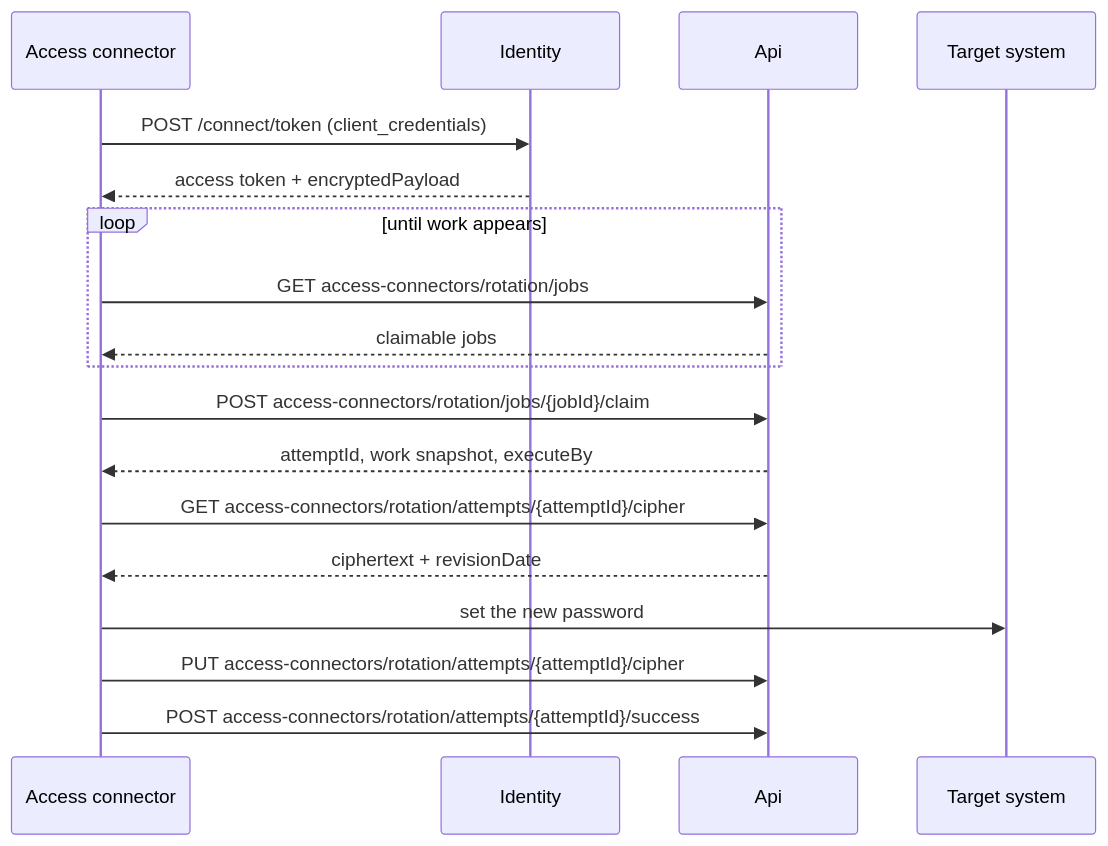
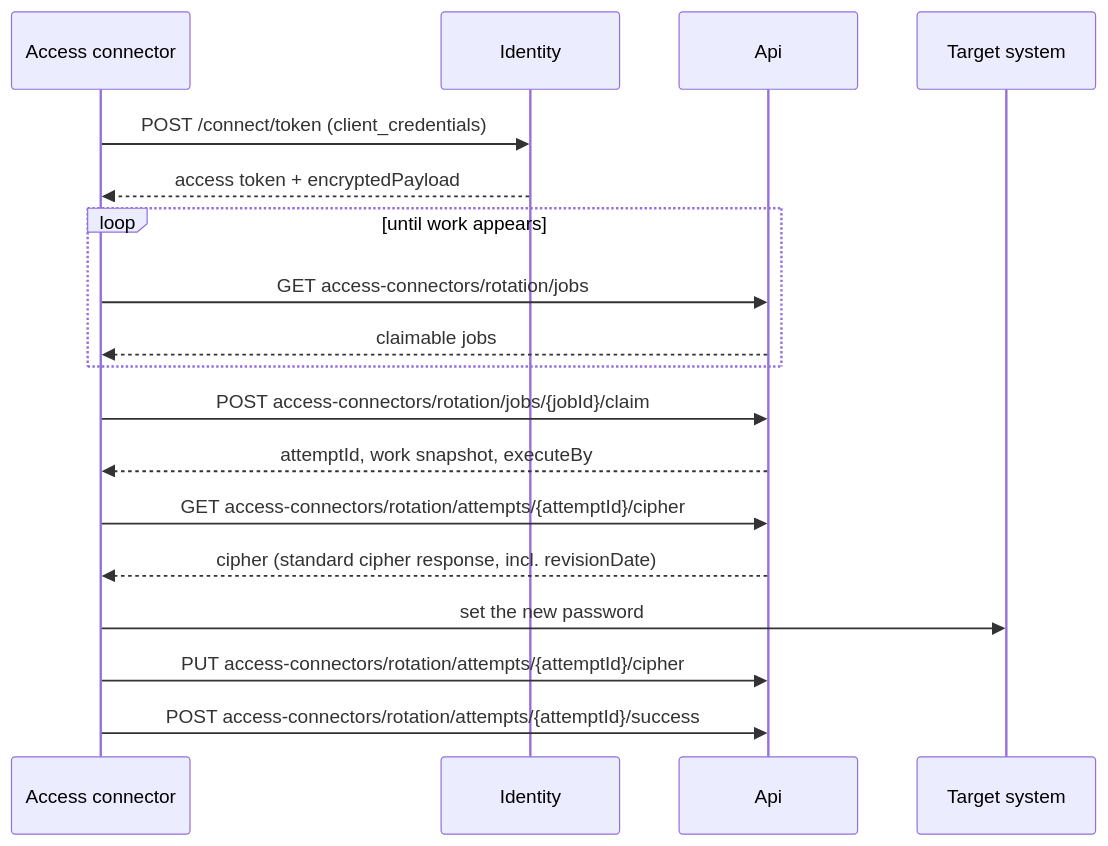
One commit to bitwarden/server changed the diagram in bitwarden_license/src/Services/Pam/AccessConnector/docs/access-connector-protocol.md. Above: the diagram before and after it, drawn with Mermaid. The commit also changed other lines of this file and 35 other files, not shown here.

````diff
--- a/bitwarden_license/src/Services/Pam/AccessConnector/docs/access-connector-protocol.md
+++ b/bitwarden_license/src/Services/Pam/AccessConnector/docs/access-connector-protocol.md
@@ -16,21 +16,21 @@
 ```mermaid
 sequenceDiagram
     participant D as Access connector
     participant I as Identity
     participant S as Api
     participant T as Target system
 
     D->>I: POST /connect/token (client_credentials)
     I-->>D: access token + encryptedPayload
     loop until work appears
         D->>S: GET access-connectors/rotation/jobs
         S-->>D: claimable jobs
     end
     D->>S: POST access-connectors/rotation/jobs/{jobId}/claim
     S-->>D: attemptId, work snapshot, executeBy
     D->>S: GET access-connectors/rotation/attempts/{attemptId}/cipher
-    S-->>D: ciphertext + revisionDate
+    S-->>D: cipher (standard cipher response, incl. revisionDate)
     D->>T: set the new password
     D->>S: PUT access-connectors/rotation/attempts/{attemptId}/cipher
     D->>S: POST access-connectors/rotation/attempts/{attemptId}/success
 ```
````
